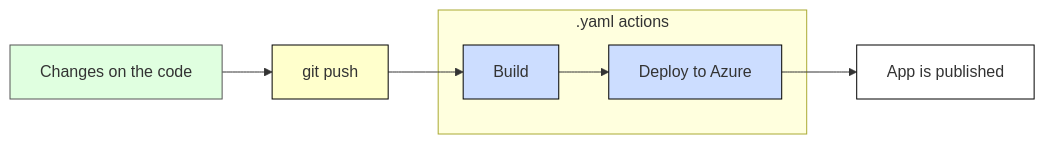
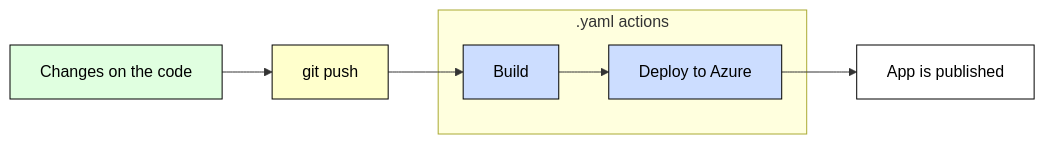
One commit to MartinbianchoEduardo/azure-web-app changed the diagram in README.md. Above: the diagram before and after it, drawn with Mermaid.

````diff
--- a/README.md
+++ b/README.md
@@ -68,14 +68,15 @@
 ```mermaid
 graph LR
-	classDef default fill:#e0ffe0, color:#333, stroke:#555;
+	classDef default fill:#E0FFFF, color:black, stroke:#555;
+	classDef code fill:#e0ffe0, stroke: black;
 	classDef git fill:#ffc, stroke:black;
 	classDef azure fill:#ccddff, stroke:black;
 	classDef publish fill:white, stroke:black;
 	
-	A[Changes on the code] --> B[git push] 
+	A[Changes on the code]:::code --> B[git push]
 	B:::git --> C[Build]
 	subgraph .yaml actions
 	C:::azure --> D[Deploy to Azure]:::azure 
 	end
 	D --> E[App is published]:::publish
 ```
````
